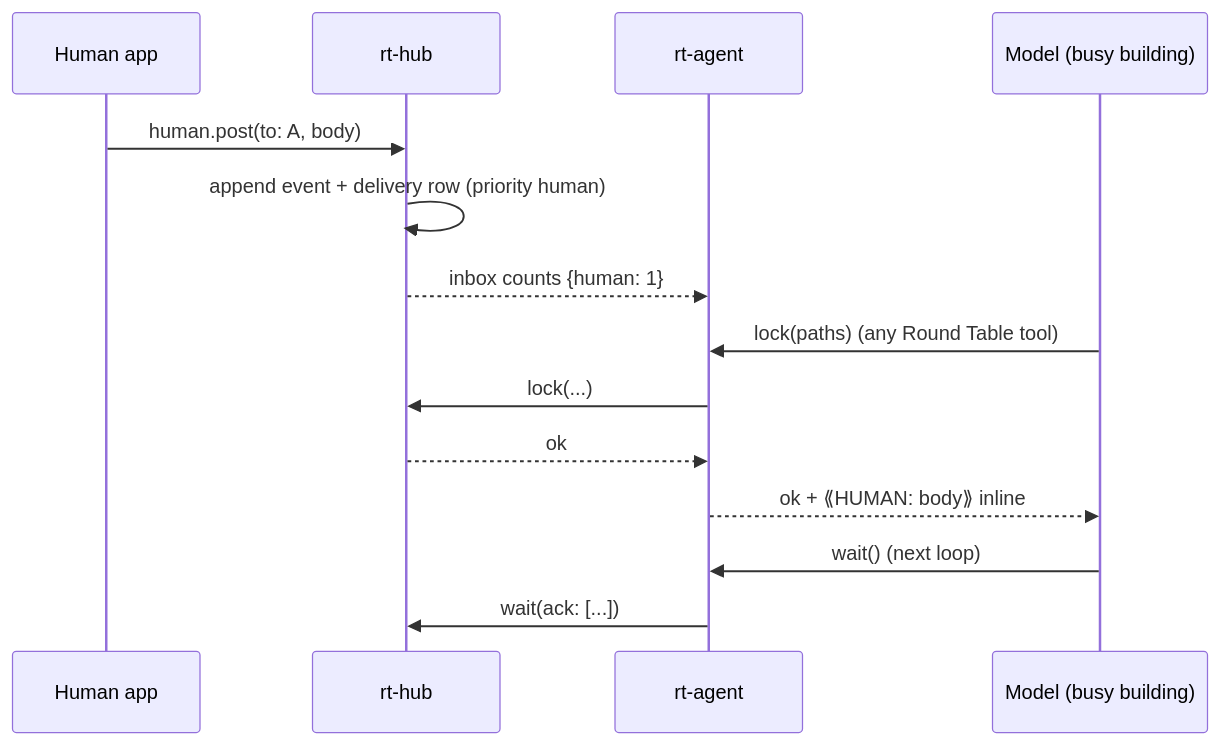
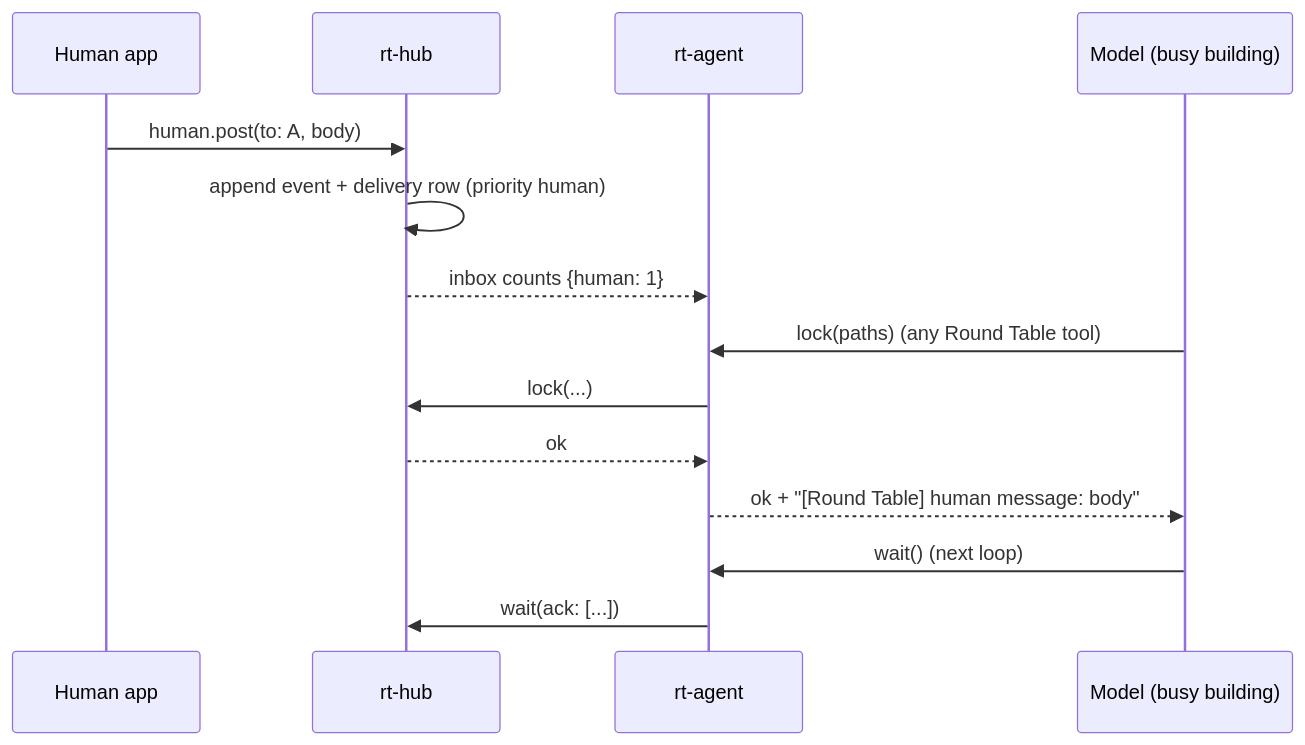
The fifth of 8 diagrams in docs/architecture/README.md (TheRealYT/round-table), drawn with Mermaid before and after one commit. The commit also changed other lines of this file and 22 other files, not shown here.

````diff
--- a/docs/architecture/README.md
+++ b/docs/architecture/README.md
@@ -322,16 +322,16 @@
 ```mermaid
 sequenceDiagram
   participant U as Human app
   participant H as rt-hub
   participant A as rt-agent
   participant M as Model (busy building)
   U->>H: human.post(to: A, body)
   H->>H: append event + delivery row (priority human)
   H-->>A: inbox counts {human: 1}
   M->>A: lock(paths) (any Round Table tool)
   A->>H: lock(...)
   H-->>A: ok
-  A-->>M: ok + ⟪HUMAN: body⟫ inline
+  A-->>M: ok + "[Round Table] human message: body"
   M->>A: wait() (next loop)
   A->>H: wait(ack: [...])
 ```
````
